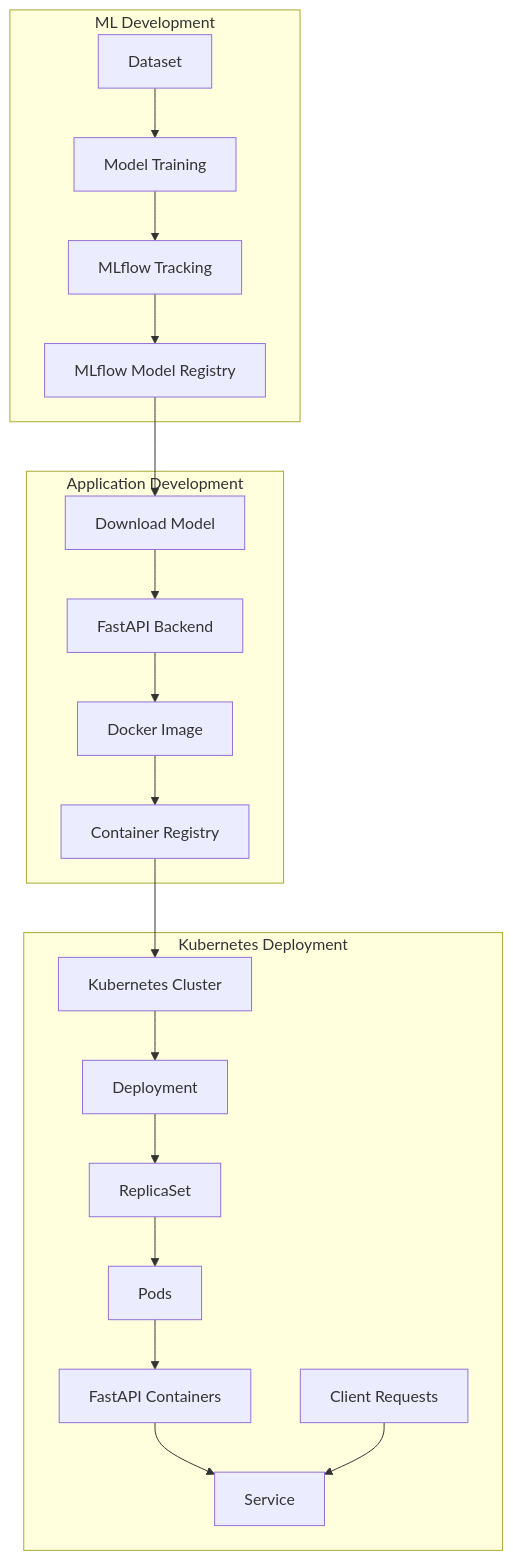
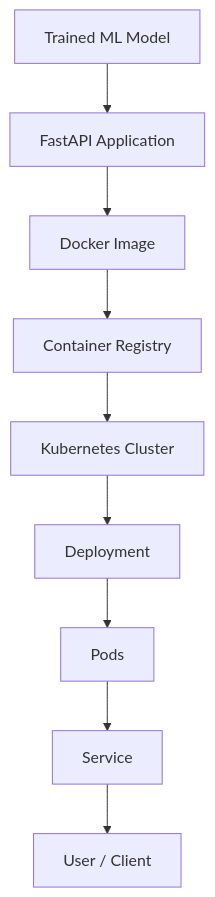
Diagram 12 of 12 in READMENEW.md (chidvi123/MLOps), drawn with Mermaid before and after one commit. The commit also changed other lines of this file, not shown here.

Commit message:
updated Kubernetes md'

````diff
--- a/READMENEW.md
+++ b/READMENEW.md
@@ -1112,34 +294,21 @@
 ```mermaid
-flowchart TD
-    subgraph ML["ML Development"]
-        A["Dataset"]
-        B["Model Training"]
-        C["MLflow Tracking"]
-        D["MLflow Model Registry"]
-        A --> B --> C --> D
-    end
+flowchart TB
+    A["Trained ML Model"]
+    B["FastAPI Application"]
+    C["Docker Image"]
+    D["Container Registry"]
+    E["Kubernetes Cluster"]
+    F["Deployment"]
+    G["Pods"]
+    H["Service"]
+    I["User / Client"]
 
-    subgraph APP["Application Development"]
-        E["Download Model"]
-        F["FastAPI Backend"]
-        G["Docker Image"]
-        H["Container Registry"]
-        E --> F --> G --> H
-    end
-
-    subgraph K8S["Kubernetes Deployment"]
-        I["Kubernetes Cluster"]
-        J["Deployment"]
-        K["ReplicaSet"]
-        L["Pods"]
-        M["FastAPI Containers"]
-        N["Service"]
-        O["Client Requests"]
-        I --> J --> K --> L --> M
-        M --> N
-        O --> N
-    end
-
+    A --> B
+    B --> C
+    C --> D
     D --> E
+    E --> F
+    F --> G
+    G --> H
     H --> I
 ```
````
